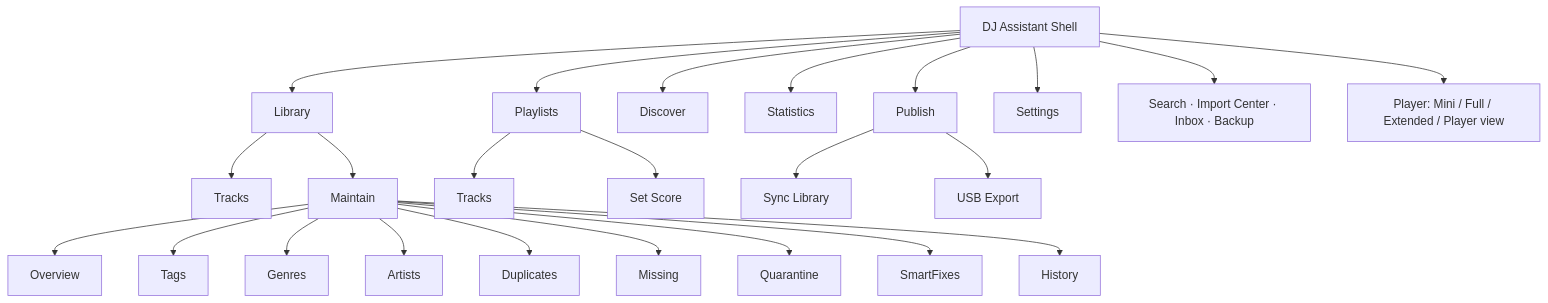
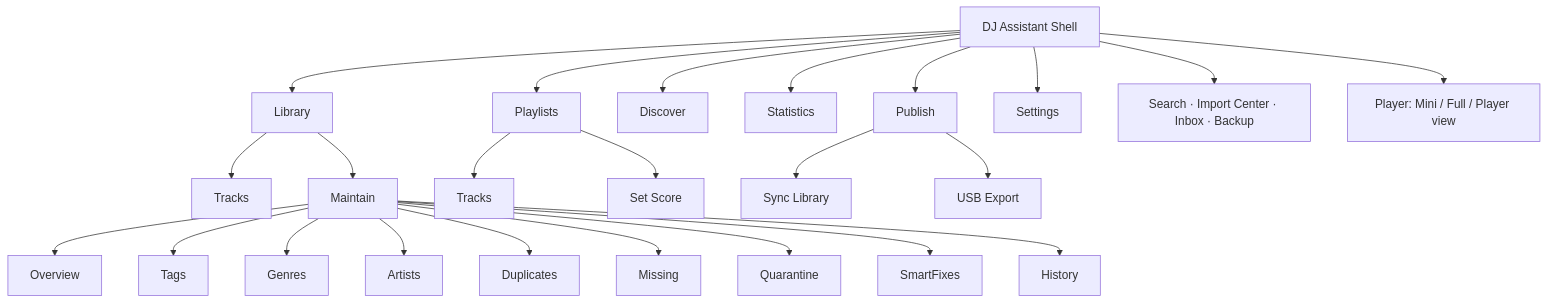
One commit to iDorgham/DJ-Assistant changed the first of 12 diagrams in docs/plan/07-diagrams/mermaid-flows.md. Above: the diagram before and after it, drawn with Mermaid. The commit also changed 38 other files, not shown here.

First line of the commit message:
feat(player): three presentations, BPM fine-tune, dock heights & docs reconciliation (#54)

````diff
--- a/docs/plan/07-diagrams/mermaid-flows.md
+++ b/docs/plan/07-diagrams/mermaid-flows.md
@@ -8,31 +8,31 @@
 ```mermaid
 flowchart TD
   Shell[DJ Assistant Shell]
   Shell --> Library
   Shell --> Playlists
   Shell --> Discover
   Shell --> Statistics
   Shell --> Publish
   Shell --> Settings
 
   Library --> Tracks
   Library --> Maintain
   Maintain --> Overview
   Maintain --> Tags
   Maintain --> Genres
   Maintain --> Artists
   Maintain --> Duplicates
   Maintain --> Missing
   Maintain --> Quarantine
   Maintain --> SmartFixes
   Maintain --> History
 
   Playlists --> PlaylistTracks[Tracks]
   Playlists --> SetScore[Set Score]
 
   Publish --> Sync[Sync Library]
   Publish --> USB[USB Export]
 
   Shell --> TopBar[Search · Import Center · Inbox · Backup]
-  Shell --> PlayerDock[Player: Mini / Full / Extended / Player view]
+  Shell --> PlayerDock[Player: Mini / Full / Player view]
 ```
````
